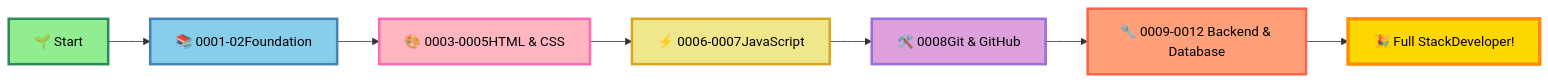
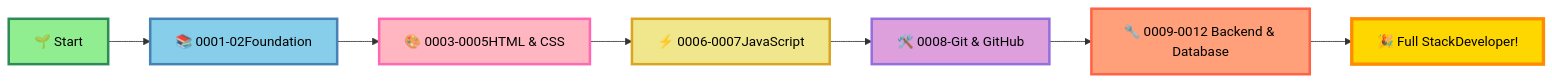
One commit to ranichandnirani/Complete-Web-Development-step-by-step changed the diagram in README.md. Above: the diagram before and after it, drawn with Mermaid. The commit also changed other lines of this file, not shown here.

````diff
--- a/README.md
+++ b/README.md
@@ -195,17 +195,17 @@
 ```mermaid
 graph LR
     A[🌱 Start] --> B[📚 0001-02Foundation]
     B --> C[🎨 0003-0005HTML & CSS]
     C --> D[⚡ 0006-0007JavaScript]
-    D --> E[🛠️ 0008Git & GitHub]
+    D --> E[🛠️ 0008-Git & GitHub]
     E --> F[🔧 0009-0012 Backend & Database]
     F --> G[🎉 Full StackDeveloper!]
     
     style A fill:#90EE90,stroke:#2E8B57,stroke-width:3px,color:#000
     style B fill:#87CEEB,stroke:#4682B4,stroke-width:3px,color:#000
     style C fill:#FFB6C1,stroke:#FF69B4,stroke-width:3px,color:#000
     style D fill:#F0E68C,stroke:#DAA520,stroke-width:3px,color:#000
     style E fill:#DDA0DD,stroke:#9370DB,stroke-width:3px,color:#000
     style F fill:#FFA07A,stroke:#FF6347,stroke-width:3px,color:#000
     style G fill:#FFD700,stroke:#FF8C00,stroke-width:4px,color:#000
 ```
````
